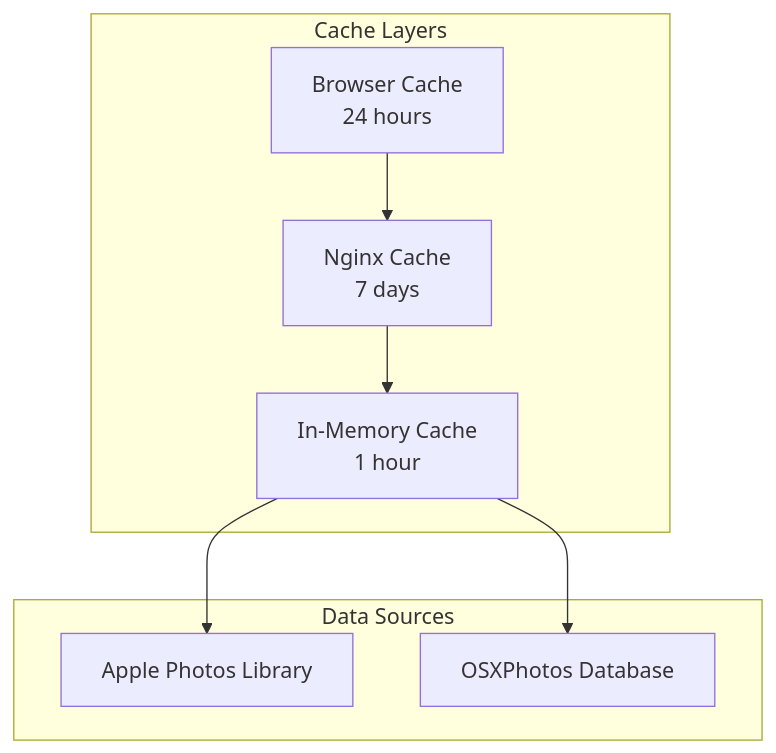
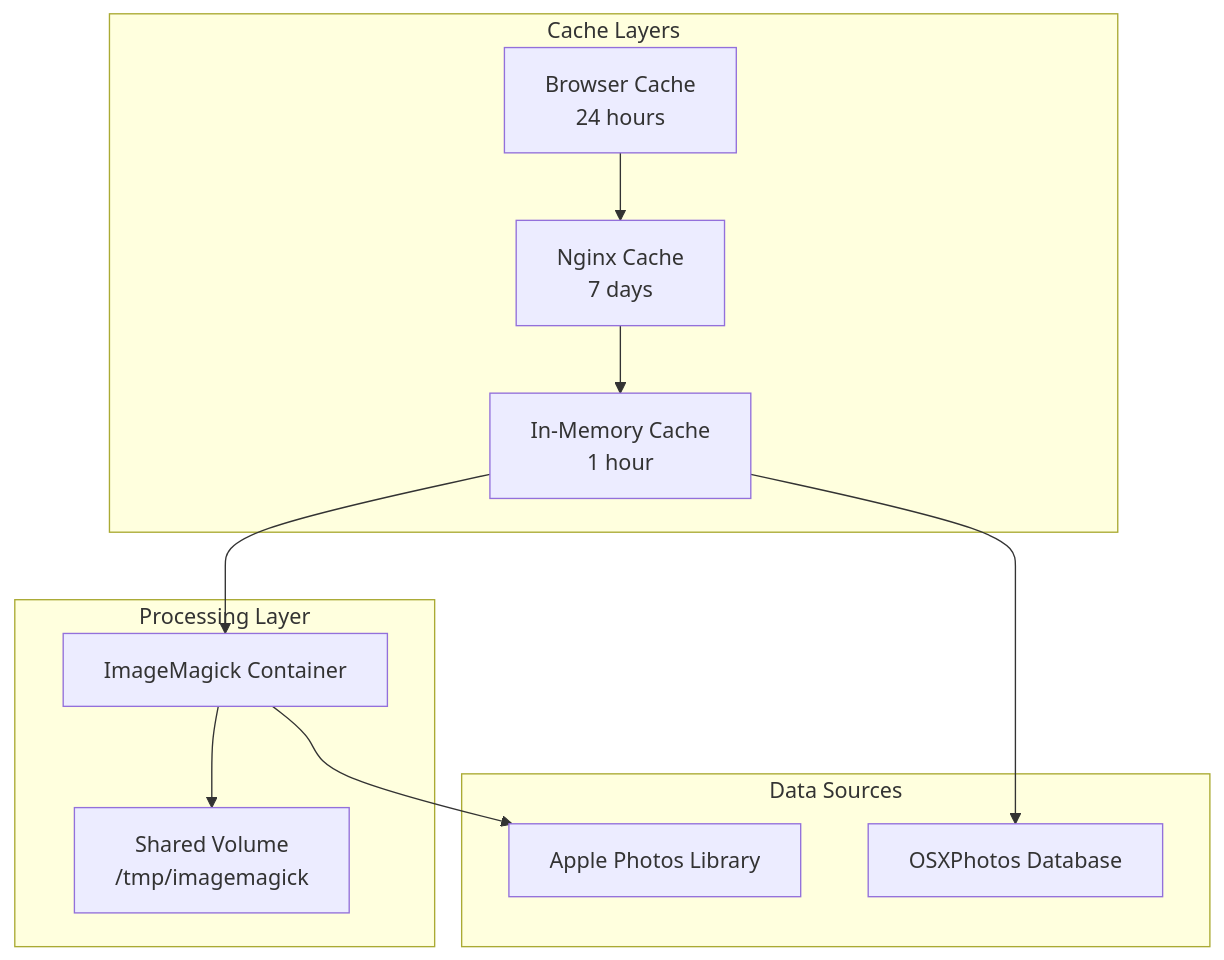
One commit to iot49/photo-web changed the fourth of 4 diagrams in docs/services/photos.md. Above: the diagram before and after it, drawn with Mermaid. The commit also changed other lines of this file and 4 other files, not shown here.

````diff
--- a/docs/services/photos.md
+++ b/docs/services/photos.md
@@ -275,18 +337,25 @@
 ```mermaid
 graph TB
     subgraph "Cache Layers"
         BROWSER[Browser Cache<br/>24 hours]
         NGINX[Nginx Cache<br/>7 days]
         MEMORY[In-Memory Cache<br/>1 hour]
+    end
+    
+    subgraph "Processing Layer"
+        IMAGEMAGICK[ImageMagick Container]
+        SHARED[Shared Volume<br/>/tmp/imagemagick]
     end
     
     subgraph "Data Sources"
         APPLE[Apple Photos Library]
         OSXDB[OSXPhotos Database]
     end
     
     BROWSER --> NGINX
     NGINX --> MEMORY
-    MEMORY --> APPLE
+    MEMORY --> IMAGEMAGICK
+    IMAGEMAGICK --> SHARED
+    IMAGEMAGICK --> APPLE
     MEMORY --> OSXDB
 ```
````
